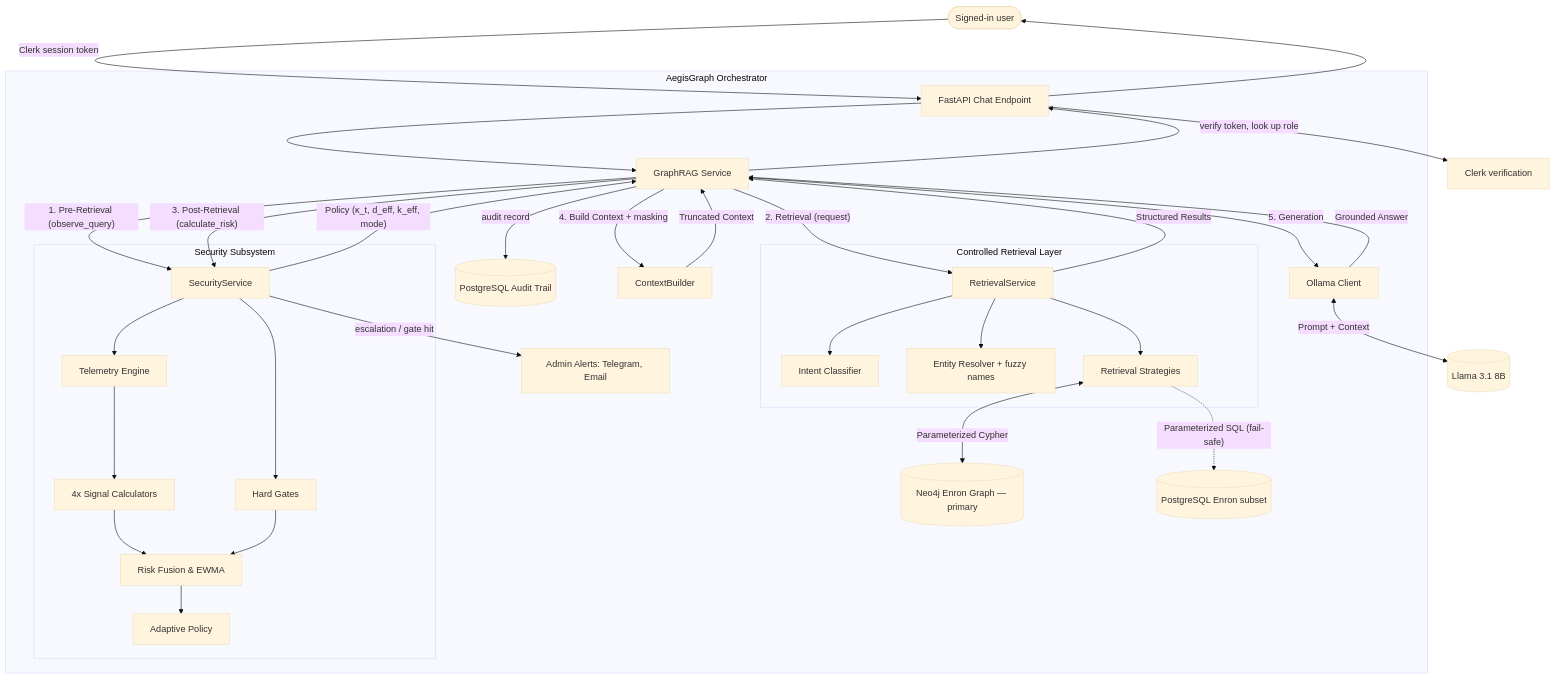
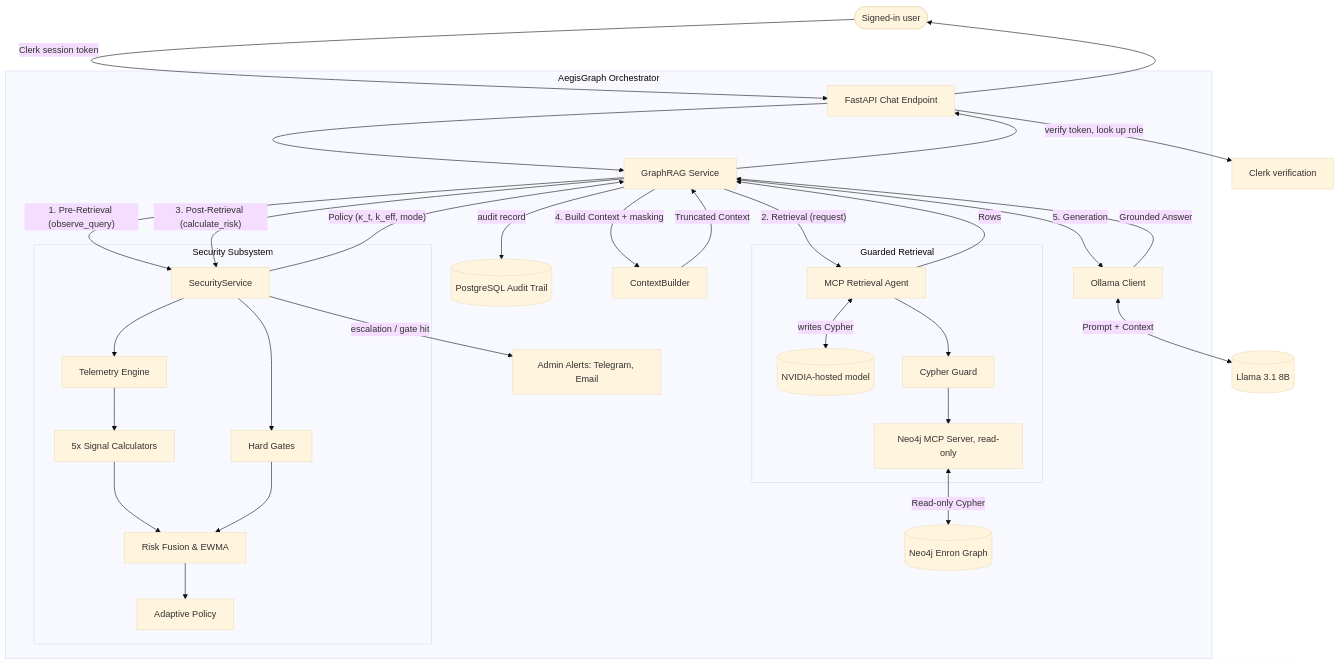
Before and after one commit to chakradhar91085/AegisGraph-Major-Project: the diagram in backend/docs/AegisGraph_Technical_Architecture.md, drawn with Mermaid (base theme). The commit also changed other lines of this file and 1 other file, not shown here.

Commit message:
Describe the current system in the README and architecture doc

````diff
--- a/backend/docs/AegisGraph_Technical_Architecture.md
+++ b/backend/docs/AegisGraph_Technical_Architecture.md
@@ -18,49 +17,48 @@
 ```mermaid
 graph TD
     User([Signed-in user]) -->|Clerk session token| API[FastAPI Chat Endpoint]
     API -->|verify token, look up role| Auth[Clerk verification]
 
     subgraph AegisGraph Orchestrator
         API --> GraphRAG[GraphRAG Service]
 
         GraphRAG -- "1. Pre-Retrieval (observe_query)" --> SecurityService
 
         subgraph Security Subsystem
             SecurityService --> Gates[Hard Gates]
             SecurityService --> Telemetry[Telemetry Engine]
-            Telemetry --> Signals[4x Signal Calculators]
+            Telemetry --> Signals[5x Signal Calculators]
             Signals --> RiskEngine[Risk Fusion & EWMA]
             Gates --> RiskEngine
             RiskEngine --> PolicyEngine[Adaptive Policy]
         end
 
-        SecurityService -- "Policy (κ_t, d_eff, k_eff, mode)" --> GraphRAG
+        SecurityService -- "Policy (κ_t, k_eff, mode)" --> GraphRAG
 
-        GraphRAG -- "2. Retrieval (request)" --> RetrievalService
+        GraphRAG -- "2. Retrieval (request)" --> Agent[MCP Retrieval Agent]
 
-        subgraph Controlled Retrieval Layer
-            RetrievalService --> Intent[Intent Classifier]
-            RetrievalService --> EntityRes[Entity Resolver + fuzzy names]
-            RetrievalService --> Strategies[Retrieval Strategies]
+        subgraph Guarded Retrieval
+            Agent <-->|writes Cypher| AgentLLM[(NVIDIA-hosted model)]
+            Agent --> Guard[Cypher Guard]
+            Guard --> MCP[Neo4j MCP Server, read-only]
         end
 
-        Strategies <-->|Parameterized Cypher| Neo4j[(Neo4j Enron Graph — primary)]
-        Strategies -.->|"Parameterized SQL (fail-safe)"| PGData[(PostgreSQL Enron subset)]
+        MCP <-->|Read-only Cypher| Neo4j[(Neo4j Enron Graph)]
 
-        RetrievalService -- "Structured Results" --> GraphRAG
+        Agent -- "Rows" --> GraphRAG
 
         GraphRAG -- "3. Post-Retrieval (calculate_risk)" --> SecurityService
         SecurityService -- "escalation / gate hit" --> Alerts[Admin Alerts: Telegram, Email]
         GraphRAG -- "audit record" --> Audit[(PostgreSQL Audit Trail)]
 
         GraphRAG -- "4. Build Context + masking" --> ContextBuilder
         ContextBuilder -- "Truncated Context" --> GraphRAG
 
         GraphRAG -- "5. Generation" --> Ollama[Ollama Client]
     end
 
     Ollama <-->|Prompt + Context| Llama[(Llama 3.1 8B)]
     Ollama -- "Grounded Answer" --> GraphRAG
     GraphRAG --> API
     API --> User
 ```
````
